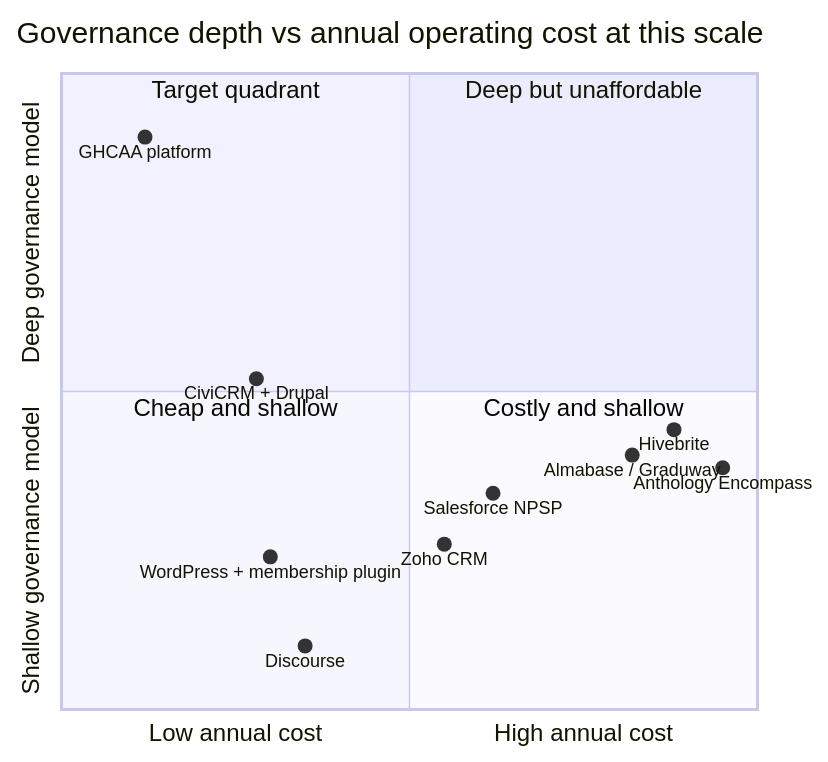
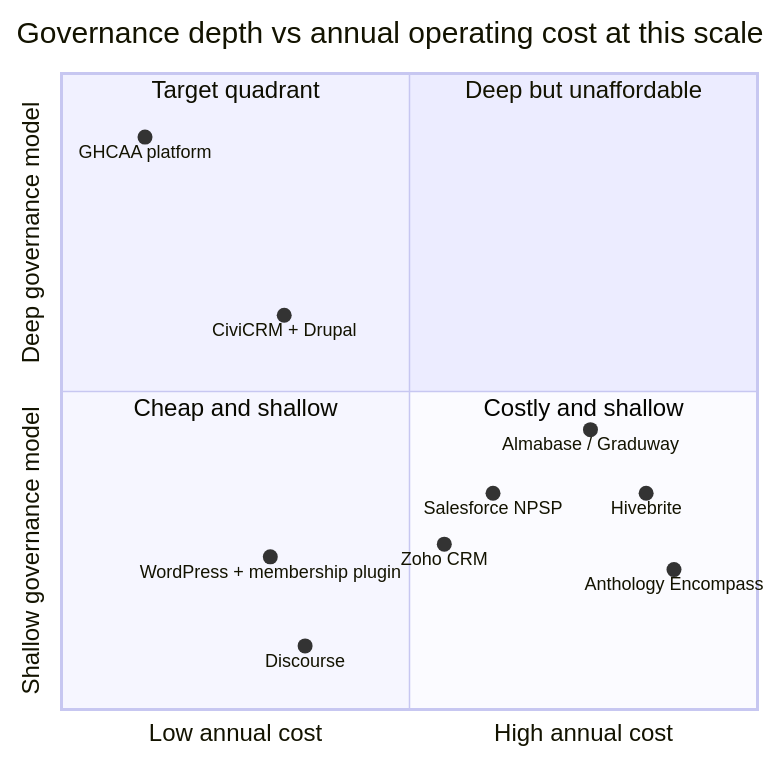
Before and after one commit to shalin-rahman/GHCAA: the fourth of 4 diagrams in docs/book/02-literature-review.md, drawn with Mermaid. The commit also changed other lines of this file and 27 other files, not shown here.

````diff
--- a/docs/book/02-literature-review.md
+++ b/docs/book/02-literature-review.md
@@ -503,19 +504,19 @@
 ```mermaid
 quadrantChart
     title Governance depth vs annual operating cost at this scale
     x-axis "Low annual cost" --> "High annual cost"
     y-axis "Shallow governance model" --> "Deep governance model"
     quadrant-1 "Deep but unaffordable"
     quadrant-2 "Target quadrant"
     quadrant-3 "Cheap and shallow"
     quadrant-4 "Costly and shallow"
     "GHCAA platform": [0.12, 0.90]
-    "CiviCRM + Drupal": [0.28, 0.52]
+    "CiviCRM + Drupal": [0.32, 0.62]
     "WordPress + membership plugin": [0.30, 0.24]
     "Discourse": [0.35, 0.10]
     "Zoho CRM": [0.55, 0.26]
     "Salesforce NPSP": [0.62, 0.34]
-    "Almabase / Graduway": [0.82, 0.40]
-    "Hivebrite": [0.88, 0.44]
-    "Anthology Encompass": [0.95, 0.38]
+    "Almabase / Graduway": [0.76, 0.44]
+    "Hivebrite": [0.84, 0.34]
+    "Anthology Encompass": [0.88, 0.22]
 ```
````
